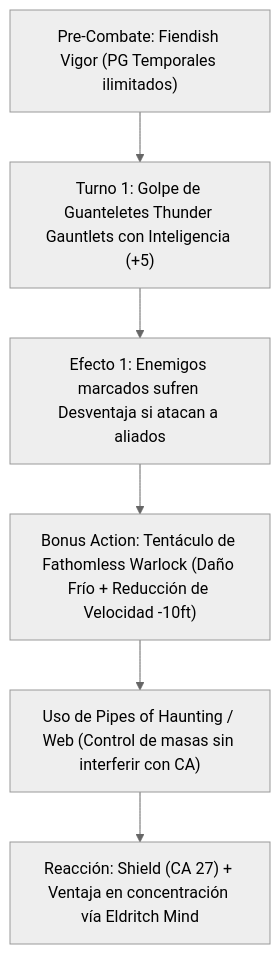
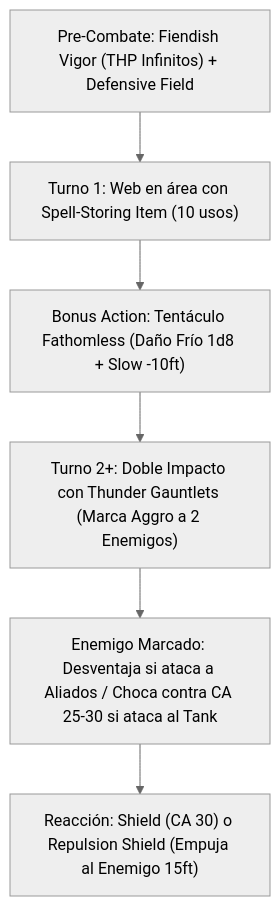
The diagram in builds/a tank that dumps strength and dex the armorlock  dd 5e character build/character guide.md (Ranko1911/DnD-Builds), drawn with Mermaid (neutral theme) before and after one commit. The commit also changed other lines of this file and 29 other files, not shown here.

````diff
--- a/builds/a tank that dumps strength and dex the armorlock  dd 5e character build/character guide.md
+++ b/builds/a tank that dumps strength and dex the armorlock  dd 5e character build/character guide.md
@@ -52,8 +43,8 @@
 ```mermaid
 flowchart TD
-    A["Pre-Combate: Fiendish Vigor (PG Temporales ilimitados)"] --> B["Turno 1: Golpe de Guanteletes Thunder Gauntlets con Inteligencia (+5)"]
-    B --> C["Efecto 1: Enemigos marcados sufren Desventaja si atacan a aliados"]
-    C --> D["Bonus Action: Tentáculo de Fathomless Warlock (Daño Frío + Reducción de Velocidad -10ft)"]
-    D --> E["Uso de Pipes of Haunting / Web (Control de masas sin interferir con CA)"]
-    E --> F["Reacción: Shield (CA 27) + Ventaja en concentración vía Eldritch Mind"]
+    A["Pre-Combate: Fiendish Vigor (THP Infinitos) + Defensive Field"] --> B["Turno 1: Web en área con Spell-Storing Item (10 usos)"]
+    B --> C["Bonus Action: Tentáculo Fathomless (Daño Frío 1d8 + Slow -10ft)"]
+    C --> D["Turno 2+: Doble Impacto con Thunder Gauntlets (Marca Aggro a 2 Enemigos)"]
+    D --> E["Enemigo Marcado: Desventaja si ataca a Aliados / Choca contra CA 25-30 si ataca al Tank"]
+    E --> F["Reacción: Shield (CA 30) o Repulsion Shield (Empuja al Enemigo 15ft)"]
 ```
````
